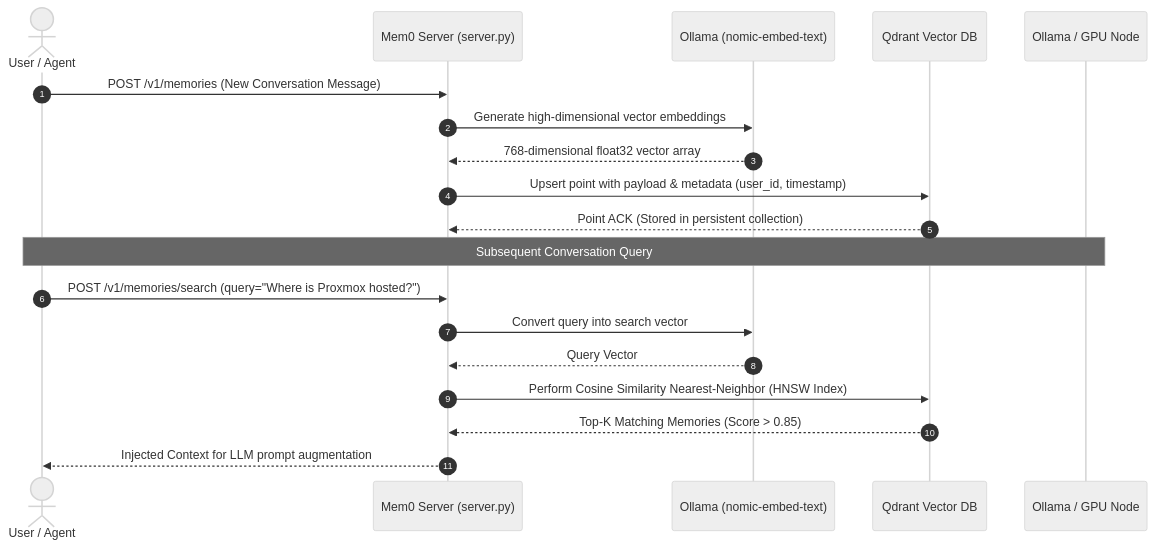
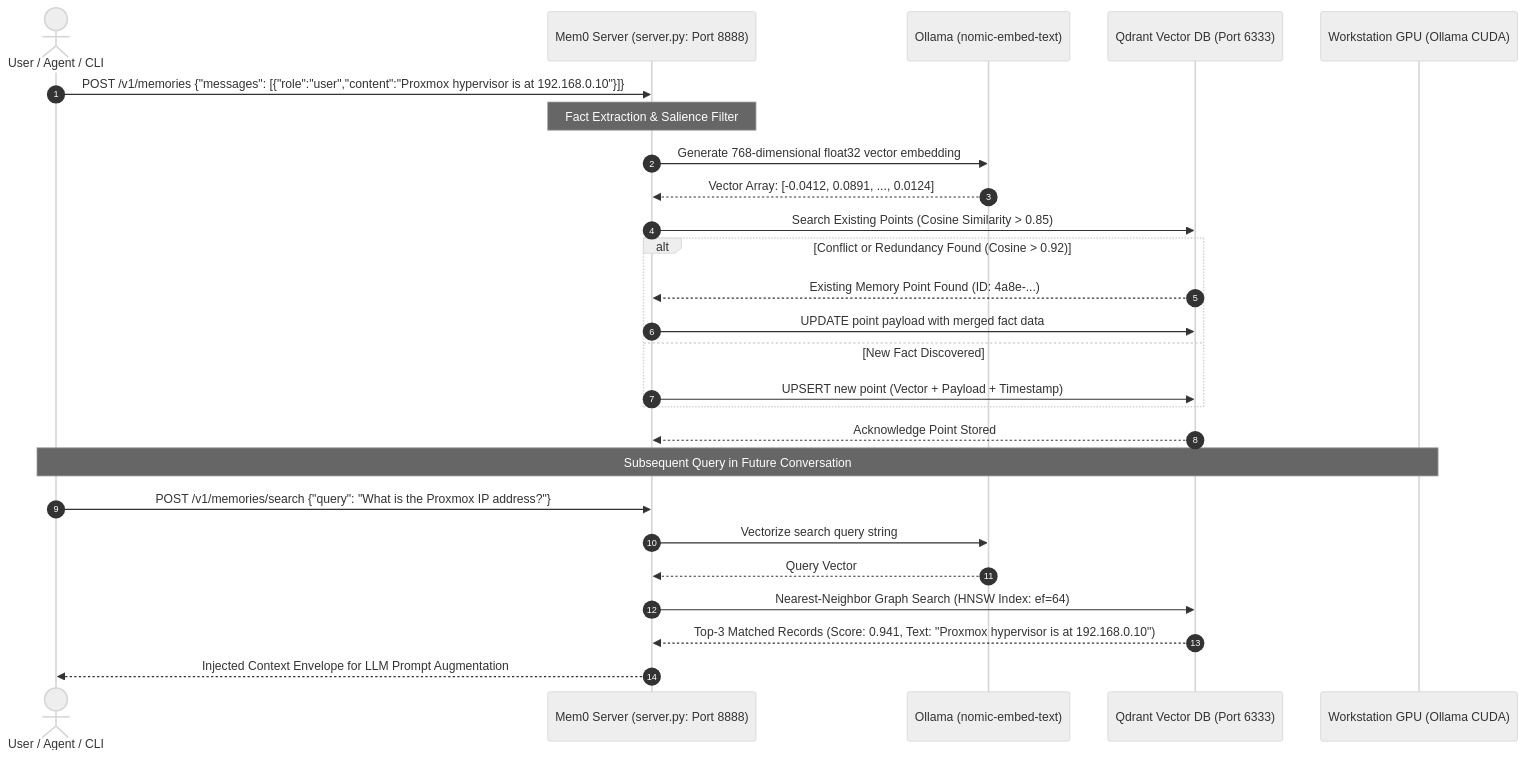
The first of 2 diagrams in docs/apps/aivault/memory.md (IAndrexI/documentation), drawn with Mermaid (neutral theme) before and after one commit. The commit also changed other lines of this file and 14 other files, not shown here.

````diff
--- a/docs/apps/aivault/memory.md
+++ b/docs/apps/aivault/memory.md
@@ -7,23 +9,32 @@
 ```mermaid
 sequenceDiagram
     autonumber
-    actor User as User / Agent
-    participant Gateway as Mem0 Server (server.py)
+    actor User as User / Agent / CLI
+    participant Gateway as Mem0 Server (server.py: Port 8888)
     participant Embedder as Ollama (nomic-embed-text)
-    participant Qdrant as Qdrant Vector DB
-    participant LLM as Ollama / GPU Node
+    participant Qdrant as Qdrant Vector DB (Port 6333)
+    participant LLM as Workstation GPU (Ollama CUDA)
 
-    User->>Gateway: POST /v1/memories (New Conversation Message)
-    Gateway->>Embedder: Generate high-dimensional vector embeddings
-    Embedder-->>Gateway: 768-dimensional float32 vector array
-    Gateway->>Qdrant: Upsert point with payload & metadata (user_id, timestamp)
-    Qdrant-->>Gateway: Point ACK (Stored in persistent collection)
+    User->>Gateway: POST /v1/memories {"messages": [{"role":"user","content":"Proxmox hypervisor is at 192.168.0.10"}]}
+    
+    Note over Gateway: Fact Extraction & Salience Filter
+    Gateway->>Embedder: Generate 768-dimensional float32 vector embedding
+    Embedder-->>Gateway: Vector Array: [-0.0412, 0.0891, ..., 0.0124]
+    
+    Gateway->>Qdrant: Search Existing Points (Cosine Similarity > 0.85)
+    alt Conflict or Redundancy Found (Cosine > 0.92)
+        Qdrant-->>Gateway: Existing Memory Point Found (ID: 4a8e-...)
+        Gateway->>Qdrant: UPDATE point payload with merged fact data
+    else New Fact Discovered
+        Gateway->>Qdrant: UPSERT new point (Vector + Payload + Timestamp)
+    end
+    Qdrant-->>Gateway: Acknowledge Point Stored
 
-    Note over User,LLM: Subsequent Conversation Query
-    User->>Gateway: POST /v1/memories/search (query="Where is Proxmox hosted?")
-    Gateway->>Embedder: Convert query into search vector
+    Note over User,LLM: Subsequent Query in Future Conversation
+    User->>Gateway: POST /v1/memories/search {"query": "What is the Proxmox IP address?"}
+    Gateway->>Embedder: Vectorize search query string
     Embedder-->>Gateway: Query Vector
-    Gateway->>Qdrant: Perform Cosine Similarity Nearest-Neighbor (HNSW Index)
-    Qdrant-->>Gateway: Top-K Matching Memories (Score > 0.85)
-    Gateway-->>User: Injected Context for LLM prompt augmentation
+    Gateway->>Qdrant: Nearest-Neighbor Graph Search (HNSW Index: ef=64)
+    Qdrant-->>Gateway: Top-3 Matched Records (Score: 0.941, Text: "Proxmox hypervisor is at 192.168.0.10")
+    Gateway-->>User: Injected Context Envelope for LLM Prompt Augmentation
 ```
````
